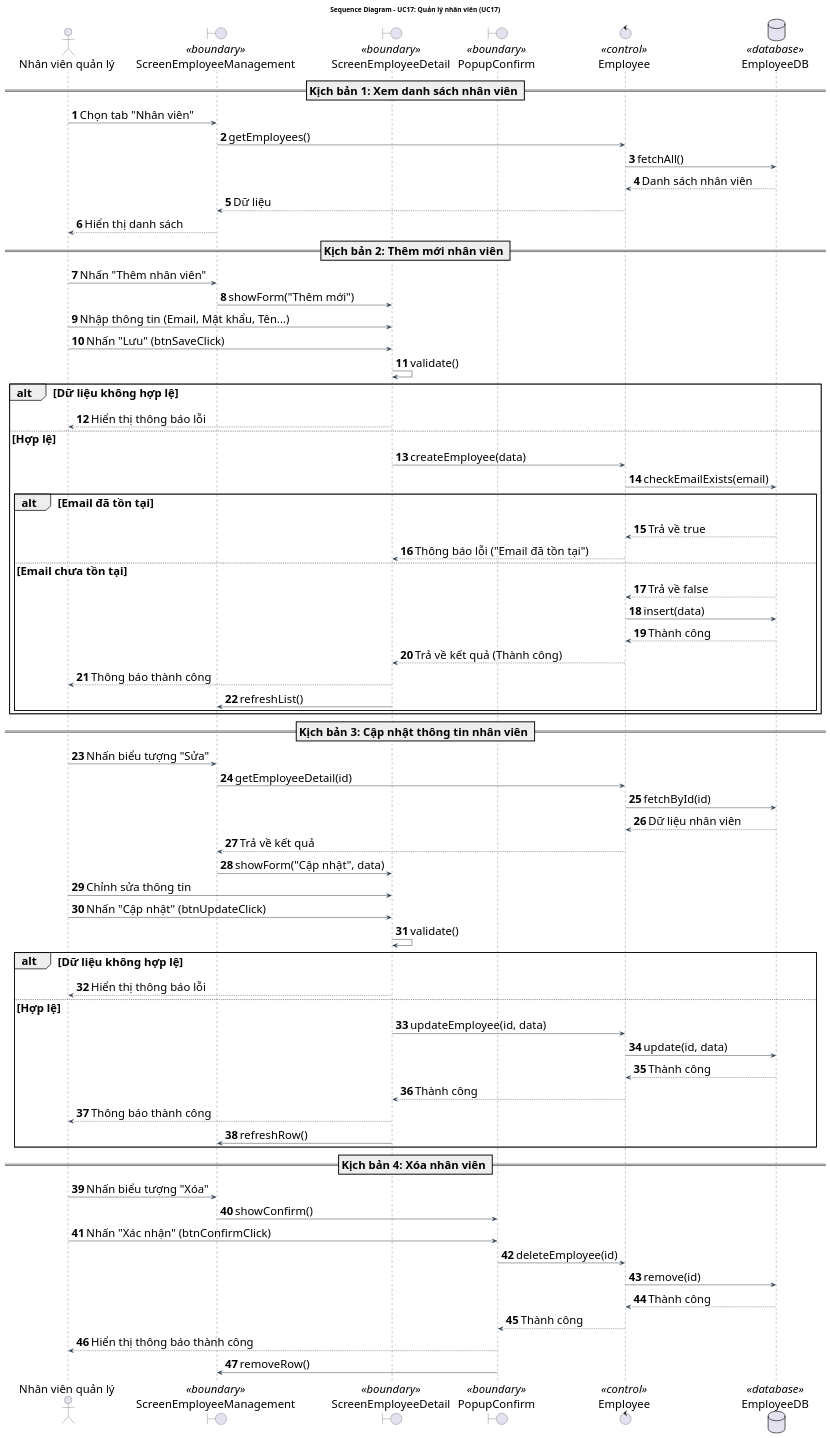
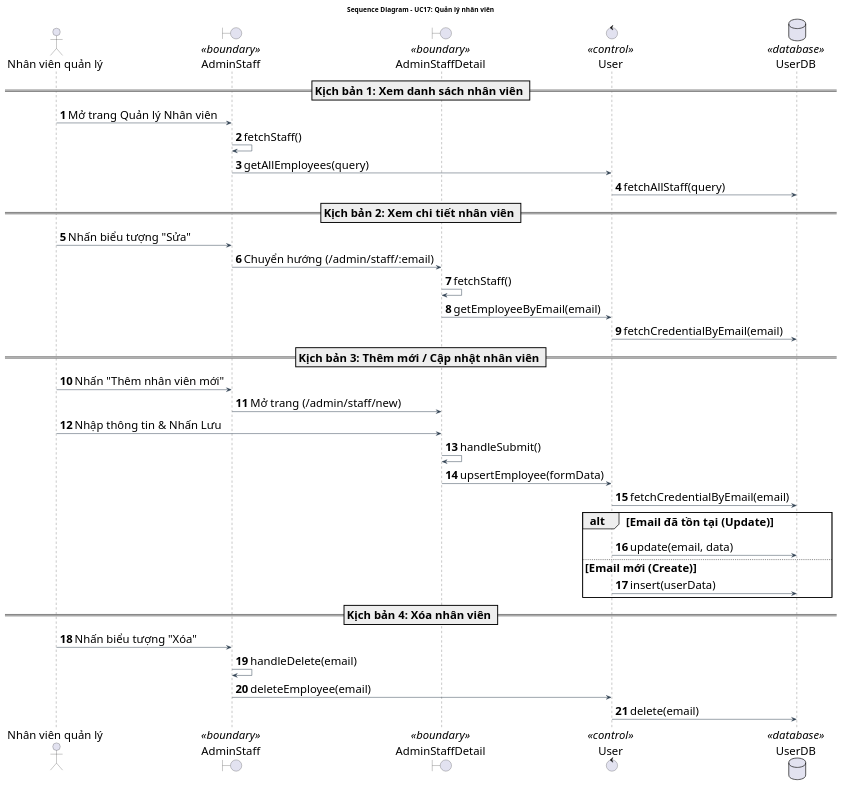
One commit to Gnourt812005/HCMUS-Analyze-and-desgin-IS changed the diagram in doc/system/quan_ly_nhan_vien/QuanLyNhanVien_SequenceDiagram.wsd. Above: the diagram before and after it, drawn with PlantUML. The commit also changed 19 other files, not shown here.

Commit message:
trong: update class and sequence usecase

```diff
--- a/doc/system/quan_ly_nhan_vien/QuanLyNhanVien_SequenceDiagram.wsd
+++ b/doc/system/quan_ly_nhan_vien/QuanLyNhanVien_SequenceDiagram.wsd
@@ -1,94 +1,54 @@
 @startuml QuanLyNhanVien_SequenceDiagram
-title Sequence Diagram - UC17: Quản lý nhân viên (UC17)
+title Sequence Diagram - UC17: Quản lý nhân viên
 
 ' --- STYLE CONFIGURATION ---
 skinparam {
     BackgroundColor White
     ArrowColor #2D3E50
     DefaultFontName "Arial"
     DefaultFontSize 24
     ParticipantPadding 20
     BoxPadding 10
 }
 
 actor "Nhân viên quản lý" as Actor
-boundary "ScreenEmployeeManagement" as MainGUI <<boundary>>
-boundary "ScreenEmployeeDetail" as DetailGUI <<boundary>>
-boundary "PopupConfirm" as Popup <<boundary>>
-control "Employee" as BUS <<control>>
-database "EmployeeDB" as DB <<database>>
+boundary "AdminStaff" as MainGUI <<boundary>>
+boundary "AdminStaffDetail" as DetailGUI <<boundary>>
+control "User" as BUS <<control>>
+database "UserDB" as DB <<database>>
 
 autonumber
 
 == Kịch bản 1: Xem danh sách nhân viên ==
-Actor -> MainGUI: Chọn tab "Nhân viên"
-MainGUI -> BUS: getEmployees()
-BUS -> DB: fetchAll()
-DB --> BUS: Danh sách nhân viên
-BUS --> MainGUI: Dữ liệu
-MainGUI --> Actor: Hiển thị danh sách
+Actor -> MainGUI: Mở trang Quản lý Nhân viên
+MainGUI -> MainGUI: fetchStaff()
+MainGUI -> BUS: getAllEmployees(query)
+BUS -> DB: fetchAllStaff(query)
 
-== Kịch bản 2: Thêm mới nhân viên ==
-Actor -> MainGUI: Nhấn "Thêm nhân viên"
-MainGUI -> DetailGUI: showForm("Thêm mới")
+== Kịch bản 2: Xem chi tiết nhân viên ==
+Actor -> MainGUI: Nhấn biểu tượng "Sửa"
+MainGUI -> DetailGUI: Chuyển hướng (/admin/staff/:email)
+DetailGUI -> DetailGUI: fetchStaff()
+DetailGUI -> BUS: getEmployeeByEmail(email)
+BUS -> DB: fetchCredentialByEmail(email)
 
-Actor -> DetailGUI: Nhập thông tin (Email, Mật khẩu, Tên...)
-Actor -> DetailGUI: Nhấn "Lưu" (btnSaveClick)
-
-DetailGUI -> DetailGUI: validate()
-alt Dữ liệu không hợp lệ
-    DetailGUI --> Actor: Hiển thị thông báo lỗi
-else Hợp lệ
-    DetailGUI -> BUS: createEmployee(data)
-    BUS -> DB: checkEmailExists(email)
-    alt Email đã tồn tại
-        DB --> BUS: Trả về true
-        BUS --> DetailGUI: Thông báo lỗi ("Email đã tồn tại")
-    else Email chưa tồn tại
-        DB --> BUS: Trả về false
-        BUS -> DB: insert(data)
-        DB --> BUS: Thành công
-        BUS --> DetailGUI: Trả về kết quả (Thành công)
-        DetailGUI --> Actor: Thông báo thành công
-        DetailGUI -> MainGUI: refreshList()
-    end
-end
-
-== Kịch bản 3: Cập nhật thông tin nhân viên ==
-Actor -> MainGUI: Nhấn biểu tượng "Sửa"
-MainGUI -> BUS: getEmployeeDetail(id)
-BUS -> DB: fetchById(id)
-DB --> BUS: Dữ liệu nhân viên
-BUS --> MainGUI: Trả về kết quả
-MainGUI -> DetailGUI: showForm("Cập nhật", data)
-
-Actor -> DetailGUI: Chỉnh sửa thông tin
-Actor -> DetailGUI: Nhấn "Cập nhật" (btnUpdateClick)
-DetailGUI -> DetailGUI: validate()
-
-alt Dữ liệu không hợp lệ
-    DetailGUI --> Actor: Hiển thị thông báo lỗi
-else Hợp lệ
-    DetailGUI -> BUS: updateEmployee(id, data)
-    BUS -> DB: update(id, data)
-    DB --> BUS: Thành công
-    BUS --> DetailGUI: Thành công
-    DetailGUI --> Actor: Thông báo thành công
-    DetailGUI -> MainGUI: refreshRow()
+== Kịch bản 3: Thêm mới / Cập nhật nhân viên ==
+Actor -> MainGUI: Nhấn "Thêm nhân viên mới"
+MainGUI -> DetailGUI: Mở trang (/admin/staff/new)
+Actor -> DetailGUI: Nhập thông tin & Nhấn Lưu
+DetailGUI -> DetailGUI: handleSubmit()
+DetailGUI -> BUS: upsertEmployee(formData)
+BUS -> DB: fetchCredentialByEmail(email)
+alt Email đã tồn tại (Update)
+    BUS -> DB: update(email, data)
+else Email mới (Create)
+    BUS -> DB: insert(userData)
 end
 
 == Kịch bản 4: Xóa nhân viên ==
 Actor -> MainGUI: Nhấn biểu tượng "Xóa"
-MainGUI -> Popup: showConfirm()
-Actor -> Popup: Nhấn "Xác nhận" (btnConfirmClick)
-
-Popup -> BUS: deleteEmployee(id)
-BUS -> DB: remove(id)
-DB --> BUS: Thành công
-BUS --> Popup: Thành công
-
-Popup --> Actor: Hiển thị thông báo thành công
-Popup -> MainGUI: removeRow()
-
+MainGUI -> MainGUI: handleDelete(email)
+MainGUI -> BUS: deleteEmployee(email)
+BUS -> DB: delete(email)
 
 @enduml
```
